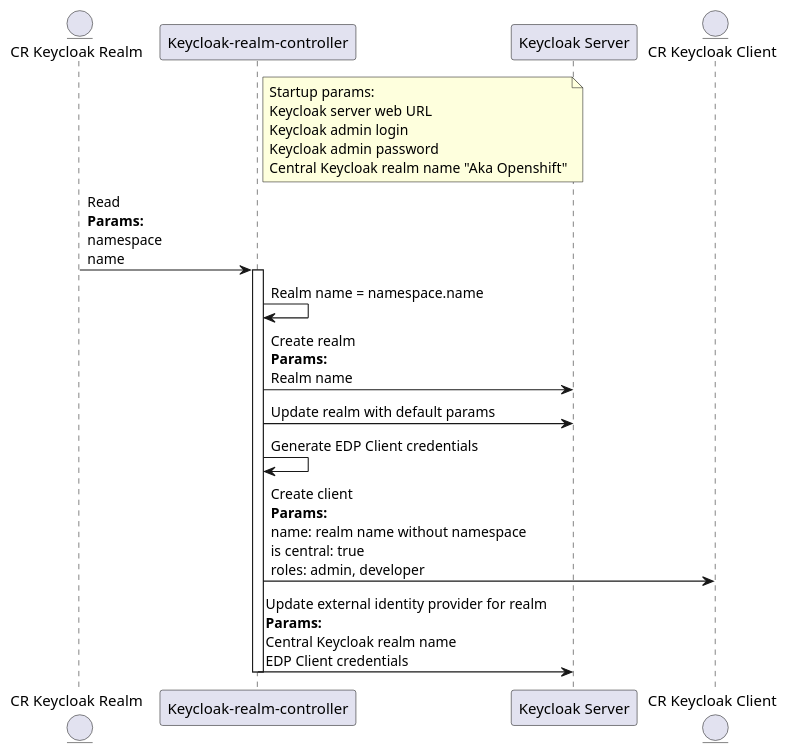
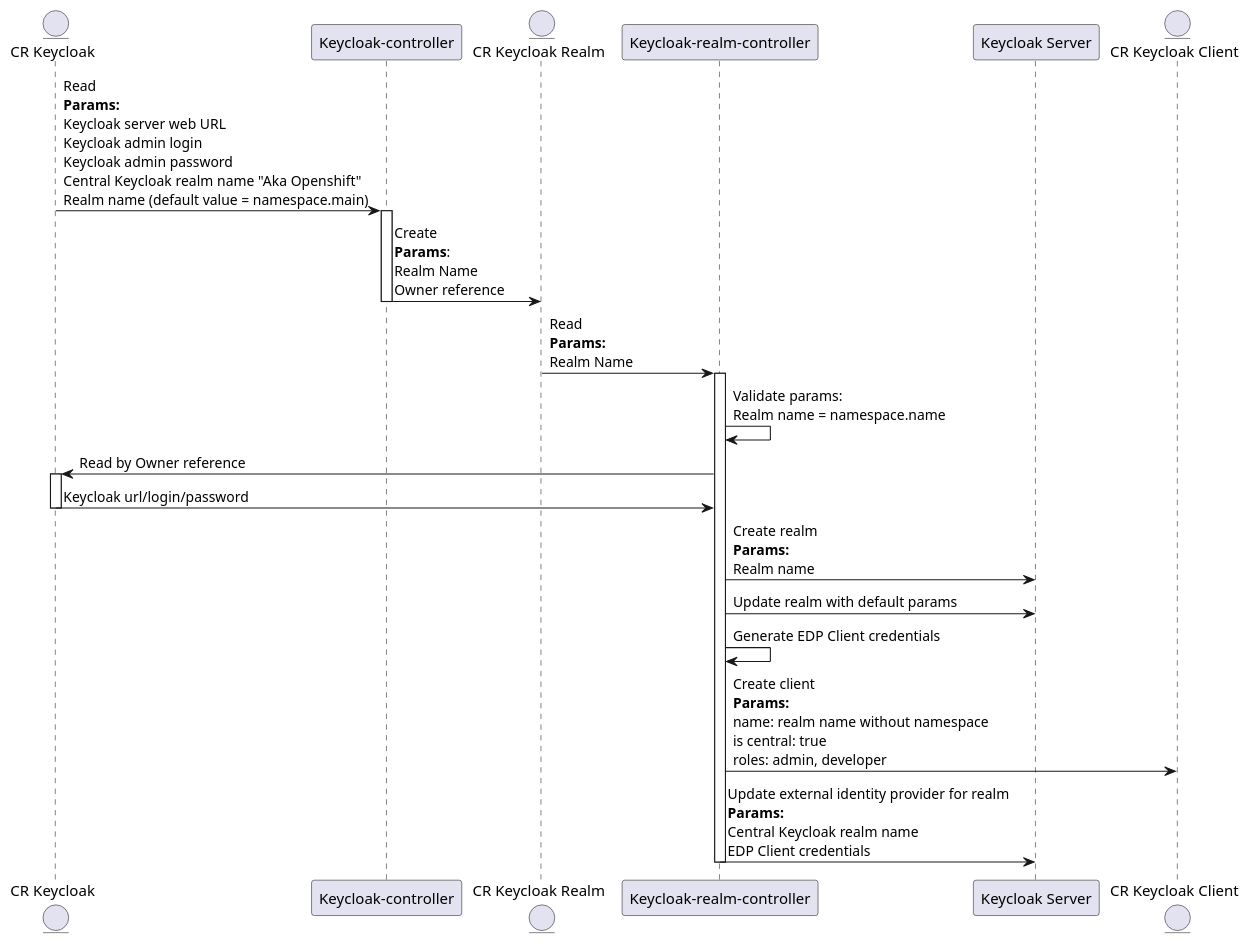
Before and after one commit to epam/edp-architecture: the diagram in module-based-acrhitecture/keycloak/keycloak-realm-controller.puml, drawn with PlantUML. The commit also changed 1 other file, not shown here.

Commit message:
[EPMDEDP-2931] Add users to Keycloak and Keycloak realm cr

```diff
--- a/module-based-acrhitecture/keycloak/keycloak-realm-controller.puml
+++ b/module-based-acrhitecture/keycloak/keycloak-realm-controller.puml
@@ -1,36 +1,51 @@
 @startuml
+entity "CR Keycloak" as cr_keycloak
+participant "Keycloak-controller" as keycloak_controller
 entity "CR Keycloak Realm" as cr_realm
 participant "Keycloak-realm-controller" as keycloak_realm_controller
-note right of keycloak_realm_controller
-Startup params:
-Keycloak server web URL
-Keycloak admin login
-Keycloak admin password
-Central Keycloak realm name "Aka Openshift"
-end note
+
 participant "Keycloak Server" as server
 entity "CR Keycloak Client" as cr_client
 
-cr_realm -> keycloak_realm_controller: Read\n**Params:**\nnamespace\nname
+cr_keycloak -> keycloak_controller: Read \n\
+**Params:** \n\
+Keycloak server web URL \n\
+Keycloak admin login \n\
+Keycloak admin password \n\
+Central Keycloak realm name "Aka Openshift" \n\
+Realm name (default value = namespace.main)
+
+activate keycloak_controller
+keycloak_controller -> cr_realm: Create \n\
+**Params**: \n\
+Realm Name \n\
+Owner reference
+deactivate keycloak_controller
+
+cr_realm -> keycloak_realm_controller: Read\n**Params:**\nRealm Name
 
 activate keycloak_realm_controller
-keycloak_realm_controller -> keycloak_realm_controller: Realm name = namespace.name
+keycloak_realm_controller -> keycloak_realm_controller: Validate params:\nRealm name = namespace.name
+keycloak_realm_controller -> cr_keycloak: Read by Owner reference
+activate cr_keycloak
+cr_keycloak -> keycloak_realm_controller: Keycloak url/login/password
+deactivate cr_keycloak
 keycloak_realm_controller -> server: Create realm\n**Params:**\nRealm name
 keycloak_realm_controller -> server: Update realm with default params
 keycloak_realm_controller -> keycloak_realm_controller: Generate EDP Client credentials
 keycloak_realm_controller -> cr_client: \
 Create client \n\
 **Params:** \n\
 name: realm name without namespace \n\
 is central: true \n\
 roles: admin, developer
 
 keycloak_realm_controller -> server: \
 Update external identity provider for realm \n\
 **Params:** \n\
 Central Keycloak realm name \n\
 EDP Client credentials
 
 deactivate keycloak_realm_controller
 
 @enduml
```
